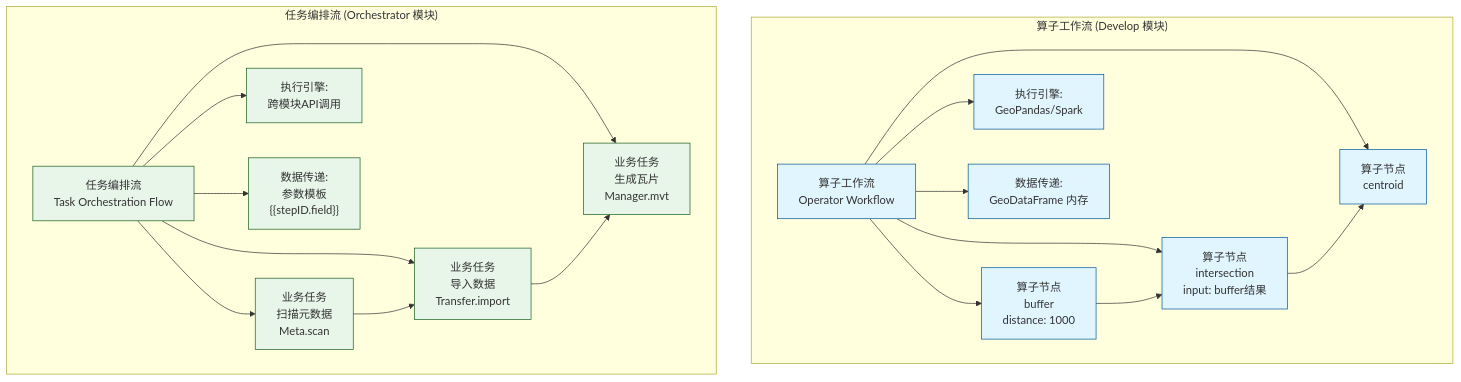
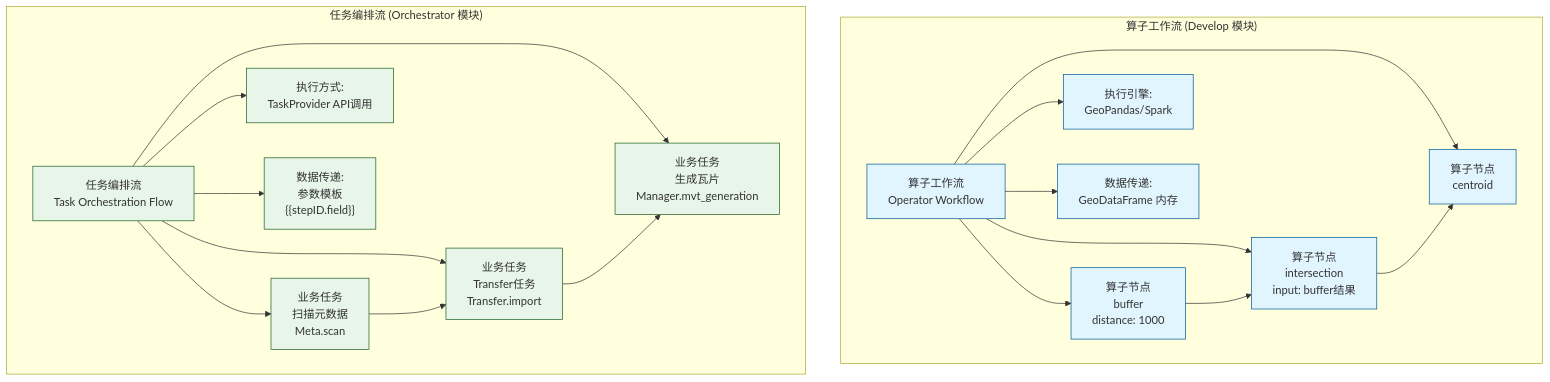
The second of 6 diagrams in docs/concepts/addp任务编排体系图.md (pampa0629/addp), drawn with Mermaid before and after one commit. The commit also changed other lines of this file and 282 other files, not shown here.

````diff
--- a/docs/concepts/addp任务编排体系图.md
+++ b/docs/concepts/addp任务编排体系图.md
@@ -113,36 +114,36 @@
 ```mermaid
 graph TB
     subgraph "算子工作流 (Develop 模块)"
         OpWF[算子工作流<br/>Operator Workflow]
 
         OpWF --> OpNode1[算子节点<br/>buffer<br/>distance: 1000]
         OpWF --> OpNode2[算子节点<br/>intersection<br/>input: buffer结果]
         OpWF --> OpNode3[算子节点<br/>centroid]
 
         OpNode1 --> OpNode2
         OpNode2 --> OpNode3
 
         OpWF --> OpEngine[执行引擎:<br/>GeoPandas/Spark]
         OpWF --> OpData[数据传递:<br/>GeoDataFrame 内存]
     end
 
     subgraph "任务编排流 (Orchestrator 模块)"
         TaskWF[任务编排流<br/>Task Orchestration Flow]
 
         TaskWF --> TaskNode1[业务任务<br/>扫描元数据<br/>Meta.scan]
-        TaskWF --> TaskNode2[业务任务<br/>导入数据<br/>Transfer.import]
-        TaskWF --> TaskNode3[业务任务<br/>生成瓦片<br/>Manager.mvt]
+        TaskWF --> TaskNode2[业务任务<br/>Transfer任务<br/>Transfer.import]
+        TaskWF --> TaskNode3[业务任务<br/>生成瓦片<br/>Manager.mvt_generation]
 
         TaskNode1 --> TaskNode2
         TaskNode2 --> TaskNode3
 
-        TaskWF --> TaskEngine[执行引擎:<br/>跨模块API调用]
+        TaskWF --> TaskEngine[执行方式:<br/>TaskProvider API调用]
         TaskWF --> TaskData["数据传递:<br/>参数模板<br/>{{stepID.field}}"]
     end
 
     classDef operator fill:#e1f5ff,stroke:#01579b
     classDef task fill:#e8f5e9,stroke:#1b5e20
 
     class OpWF,OpNode1,OpNode2,OpNode3,OpEngine,OpData operator
     class TaskWF,TaskNode1,TaskNode2,TaskNode3,TaskEngine,TaskData task
 ```
````
